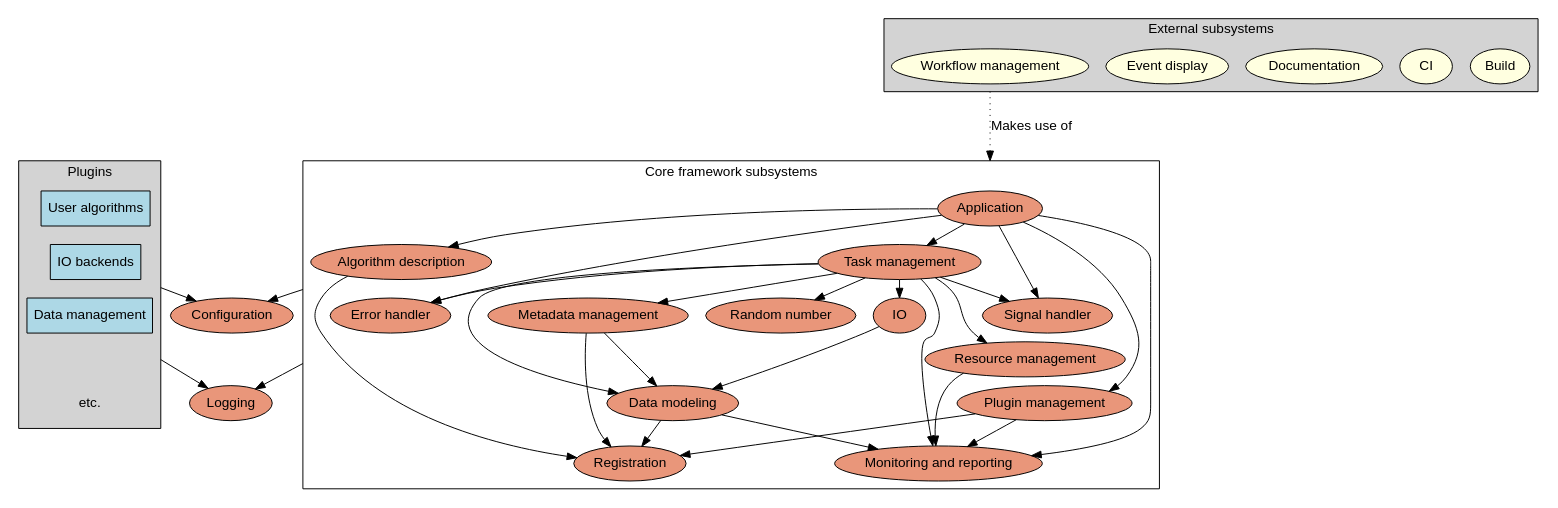
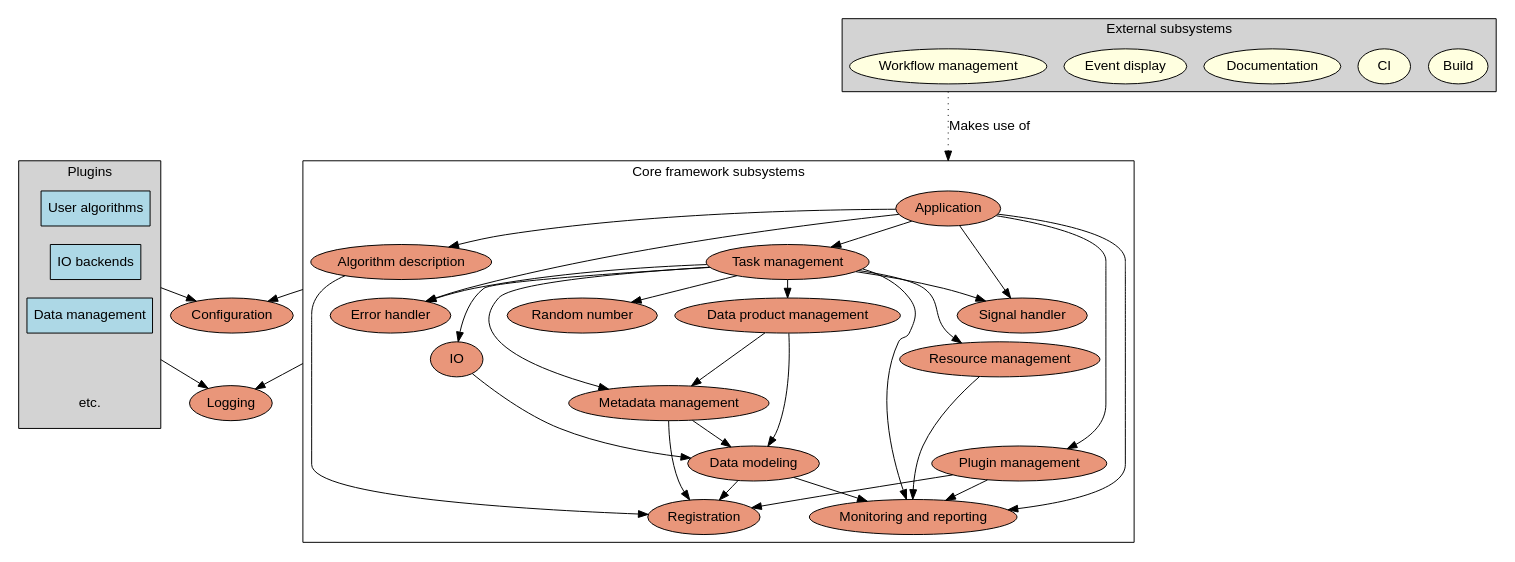
The diagram in doc/subsystems.gv (Framework-R-D/phlex-design), drawn with Graphviz before and after one commit.

Commit message:
Add data-product management subsystem

```diff
--- a/doc/subsystems.gv
+++ b/doc/subsystems.gv
@@ -1,100 +1,104 @@
 digraph finite_state_machine {
   fontname="Helvetica,Arial,sans-serif"
   compound=true
   node [fontname="Helvetica,Arial,sans-serif", style=filled, fillcolor=darksalmon];
 
   logging [label="Logging"];
   configuration [label="Configuration"];
 
   subgraph cluster_core_subsystems {
     label = "Core framework subsystems";
 
     algo_description [label="Algorithm description"];
     application [label="Application"];
     data_modeling [label="Data modeling"];
     error_handler [label="Error handler"];
     io [label="IO"];
+    data_product_management [label="Data product management"];
     metadata_management [label="Metadata management"];
     monitoring [label="Monitoring and reporting"];
     plugin_management [label="Plugin management"];
     registration [label="Registration"];
     random_number [ label="Random number"];
     resource_management [label="Resource management"];
     signal_handler [label="Signal handler"];
     task_management [label="Task management"];
 
     { rank=same; algo_description; task_management; }
 
     algo_description -> registration;
 
     application -> algo_description;
     application -> error_handler;
     application -> monitoring;
     application -> plugin_management;
     application -> signal_handler;
     application -> task_management;
 
     data_modeling -> monitoring;
     data_modeling -> registration;
 
     io -> data_modeling;
 
     metadata_management -> data_modeling;
     metadata_management -> registration;
 
     plugin_management -> monitoring;
     plugin_management -> registration;
 
     resource_management -> monitoring;
 
-    task_management -> data_modeling;
     task_management -> error_handler;
     task_management -> io;
+    task_management -> data_product_management;
     task_management -> metadata_management;
     task_management -> monitoring;
     task_management -> random_number;
     task_management -> resource_management;
     task_management -> signal_handler;
+
+    data_product_management -> metadata_management;
+    data_product_management -> data_modeling;
   }
 
   subgraph cluster_external {
     label="External subsystems";
     edge [style=invis]
     node [fillcolor=lightyellow];
     style="filled";
     fillcolor="lightgray";
 
     Build;
     CI;
     Documentation;
     event_display [label="Event display"];
     workflow [label="Workflow management"];
   }
 
   subgraph cluster_plugins {
     label="Plugins";
     edge [style=invis]
     node [shape=box,fillcolor=lightblue];
     ranksep="0.05";
     style="filled";
     fillcolor="lightgray";
 
     Algo [label="User algorithms"]
     ROOT [label="IO backends"]
     RUCIO [label="Data management"]
     ellipsis [label="etc.", fillcolor=none, peripheries=0];
     Algo -> ROOT -> RUCIO -> ellipsis;
   }
 
   algo_description -> configuration [ltail=cluster_core_subsystems];
   error_handler -> logging [ltail=cluster_core_subsystems];
 
   RUCIO -> logging [ltail=cluster_plugins];
   ROOT -> configuration [ltail=cluster_plugins];
   workflow -> application [ltail=cluster_external,
                            lhead=cluster_core_subsystems,
                            fontname="Helvetica,Arial,sans-serif",
                            label=" Makes use of",
                            style=dotted,
                            minlen=3]
 }
```
